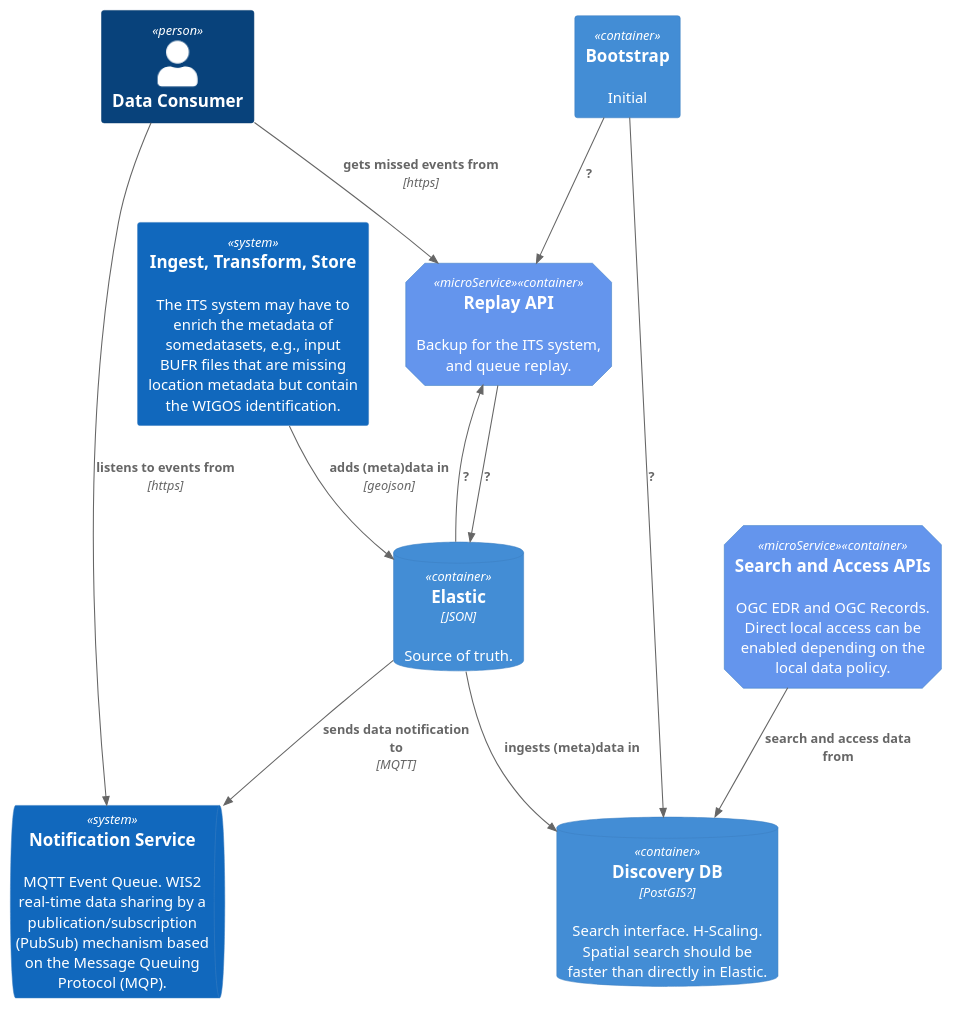
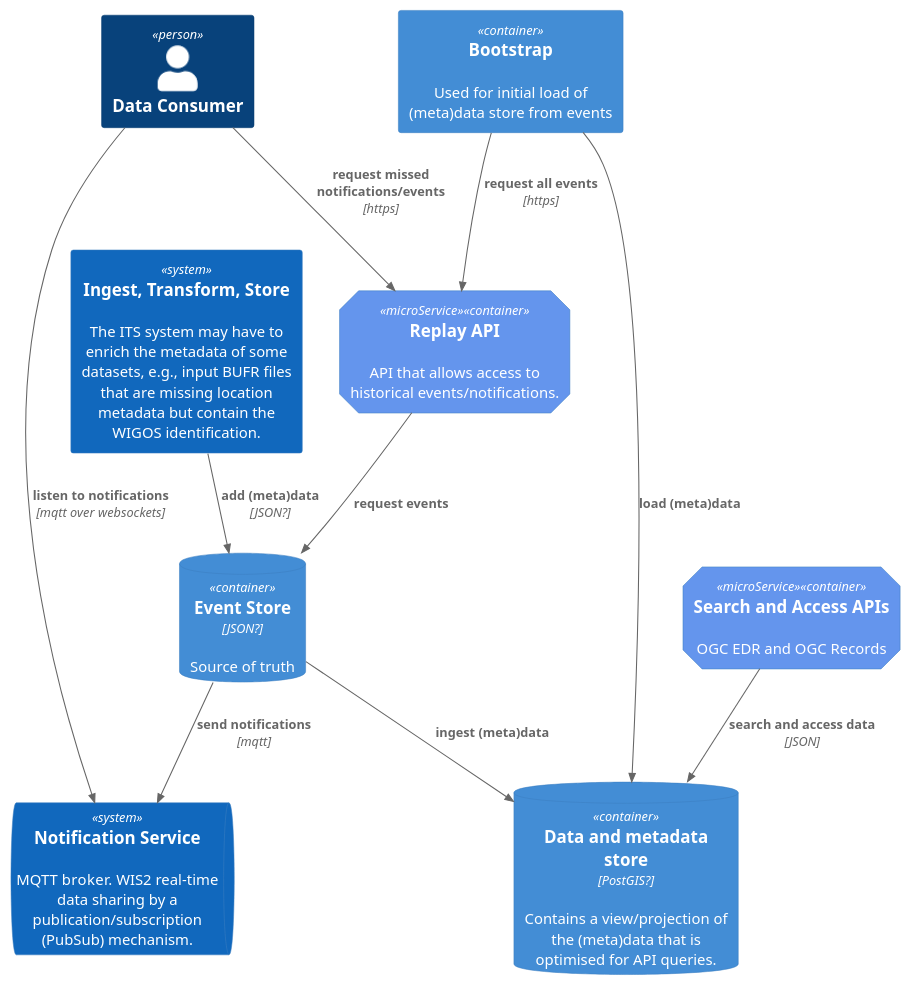
The diagram in poc-experiments/event-streaming/container-data-store.puml (EURODEO/e-soh-poc-report), drawn with PlantUML before and after one commit. The commit also changed 3 other files, not shown here.

Commit message:
Update diagram.

```diff
--- a/poc-experiments/event-streaming/container-data-store.puml
+++ b/poc-experiments/event-streaming/container-data-store.puml
@@ -1,30 +1,28 @@
 @startuml "c4-container-data-store"
 !include https://raw.githubusercontent.com/plantuml-stdlib/C4-PlantUML/master/C4_Container.puml
 
 AddElementTag("microService", $shape=EightSidedShape(), $bgColor="CornflowerBlue", $fontColor="white", $legendText="micro service\neight sided")
 
 Person(consumer, "Data Consumer")
 
-System(its, "Ingest, Transform, Store", "The ITS system may have to enrich the metadata of somedatasets, e.g., input BUFR files that are missing location metadata but contain the WIGOS identification.")
+System(its, "Ingest, Transform, Store", "The ITS system may have to enrich the metadata of some datasets, e.g., input BUFR files that are missing location metadata but contain the WIGOS identification.")
 
-SystemQueue(queue, "Notification Service", "MQTT Event Queue. WIS2 real-time data sharing by a publication/subscription (PubSub) mechanism based on the Message Queuing Protocol (MQP).")
+SystemQueue(queue, "Notification Service", "MQTT broker. WIS2 real-time data sharing by a publication/subscription (PubSub) mechanism.")
 
-Container(edr, "OGC EDR", "", "Search and access API.")
-Container(replay, "Replay API", "", "Backup for the ITS system, and queue replay.", $tags = "microService")
-Container(edr, "Search and Access APIs", "", "OGC EDR and OGC Records. Direct local access can be enabled depending on the local data policy.", $tags = "microService")
-ContainerDb(elastic, "Elastic", "JSON", "Source of truth.")
-ContainerDb(db, "Discovery DB", "PostGIS?", "Search interface. H-Scaling. Spatial search should be faster than directly in Elastic.")
-Container(bootstrap, "Bootstrap", "", "Initial")
+Container(replay, "Replay API", "", "API that allows access to historical events/notifications.", $tags = "microService")
+Container(edr, "Search and Access APIs", "", "OGC EDR and OGC Records", $tags = "microService")
+ContainerDb(eventstore, "Event Store", "JSON?", "Source of truth")
+ContainerDb(db, "Data and metadata store", "PostGIS?", "Contains a view/projection of the (meta)data that is optimised for API queries.")
+Container(bootstrap, "Bootstrap", "", "Used for initial load of (meta)data store from events")
 
-Rel(its, elastic, "adds (meta)data in", "geojson")
-Rel(elastic, db, "ingests (meta)data in", "")
-Rel(elastic, queue, "sends data notification to", "MQTT")
-Rel(elastic, replay, "?", "")
-Rel(replay, elastic, "?", "")
-Rel(bootstrap, replay, "?", "")
-Rel(bootstrap, db, "?", "")
-Rel(consumer, queue, "listens to events from", "https")
-Rel(consumer, replay, "gets missed events from", "https")
-Rel(edr, db, "search and access data from", "")
+Rel(its, eventstore, "add (meta)data", "JSON?")
+Rel(eventstore, db, "ingest (meta)data", "")
+Rel(eventstore, queue, "send notifications", "mqtt")
+Rel(replay, eventstore, "request events", "")
+Rel(bootstrap, replay, "request all events", "https")
+Rel(bootstrap, db, "load (meta)data", "")
+Rel(consumer, queue, "listen to notifications", "mqtt over websockets")
+Rel(consumer, replay, "request missed notifications/events", "https")
+Rel(edr, db, "search and access data", "JSON")
 
 @enduml
```
